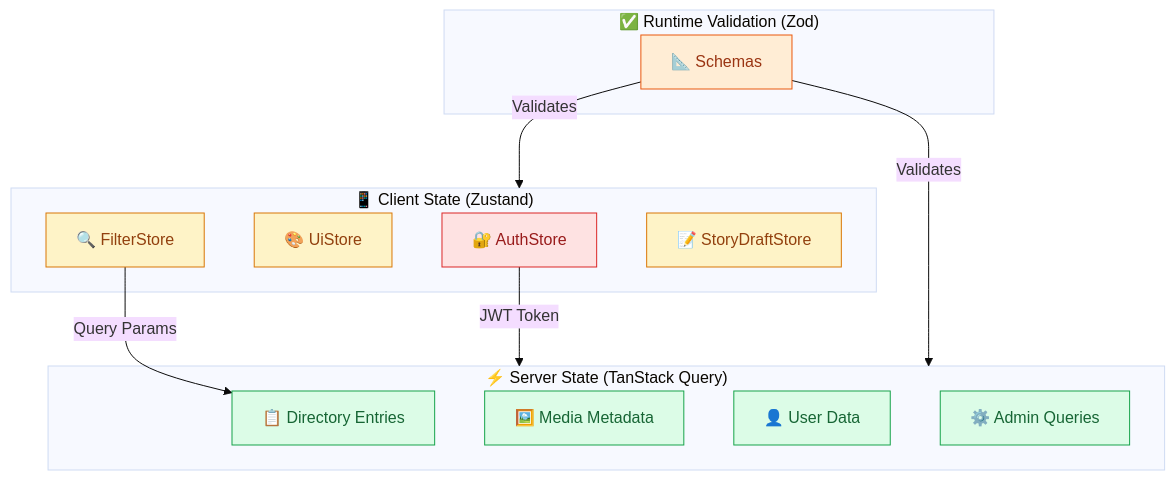
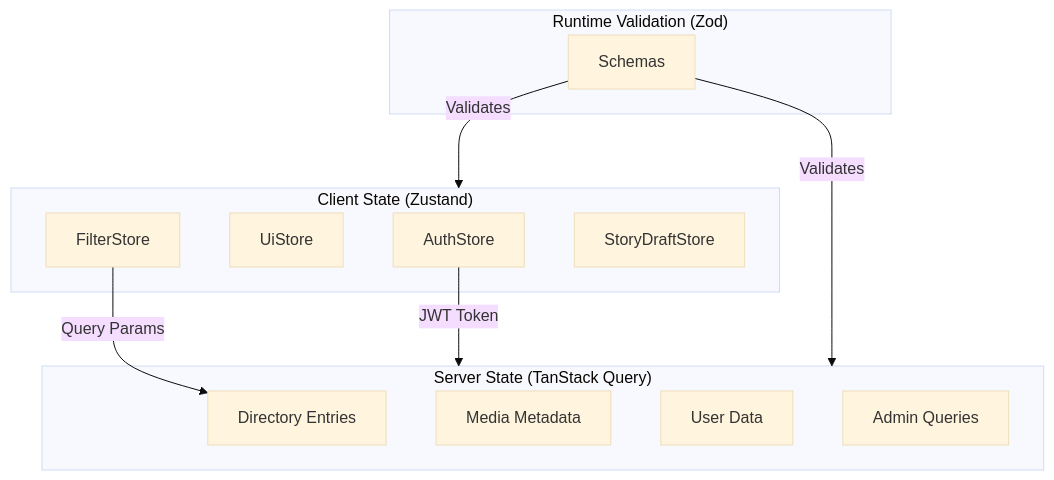
Before and after one commit to deznode/nosilha: the diagram in docs/state-management.md, drawn with Mermaid (base theme). The commit also changed other lines of this file and 15 other files, not shown here.

````diff
--- a/docs/state-management.md
+++ b/docs/state-management.md
@@ -11,35 +9,25 @@
 ```mermaid
 flowchart TB
-    subgraph Client["📱 Client State (Zustand)"]
-        auth["🔐 AuthStore"]
-        ui["🎨 UiStore"]
-        filter["🔍 FilterStore"]
-        draft["📝 StoryDraftStore"]
+    subgraph Client["Client State (Zustand)"]
+        auth["AuthStore"]
+        ui["UiStore"]
+        filter["FilterStore"]
+        draft["StoryDraftStore"]
     end
 
-    subgraph Server["⚡ Server State (TanStack Query)"]
-        directory["📋 Directory Entries"]
-        media["🖼️ Media Metadata"]
-        user["👤 User Data"]
-        admin["⚙️ Admin Queries"]
+    subgraph Server["Server State (TanStack Query)"]
+        directory["Directory Entries"]
+        media["Media Metadata"]
+        user["User Data"]
+        admin["Admin Queries"]
     end
 
-    subgraph Validation["✅ Runtime Validation (Zod)"]
-        schemas["📐 Schemas"]
+    subgraph Validation["Runtime Validation (Zod)"]
+        schemas["Schemas"]
     end
 
     auth --> |"JWT Token"| Server
     filter --> |"Query Params"| directory
     schemas --> |"Validates"| Server
     schemas --> |"Validates"| Client
-
-    style auth fill:#fee2e2,stroke:#dc2626,color:#991b1b
-    style ui fill:#fef3c7,stroke:#d97706,color:#92400e
-    style filter fill:#fef3c7,stroke:#d97706,color:#92400e
-    style draft fill:#fef3c7,stroke:#d97706,color:#92400e
-    style directory fill:#dcfce7,stroke:#16a34a,color:#166534
-    style media fill:#dcfce7,stroke:#16a34a,color:#166534
-    style user fill:#dcfce7,stroke:#16a34a,color:#166534
-    style admin fill:#dcfce7,stroke:#16a34a,color:#166534
-    style schemas fill:#ffedd5,stroke:#ea580c,color:#9a3412
 ```
````
